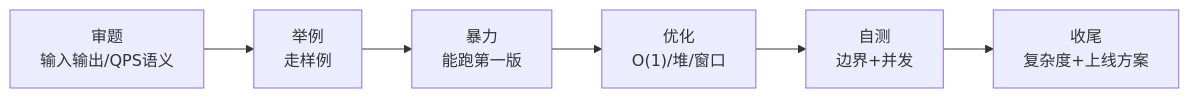
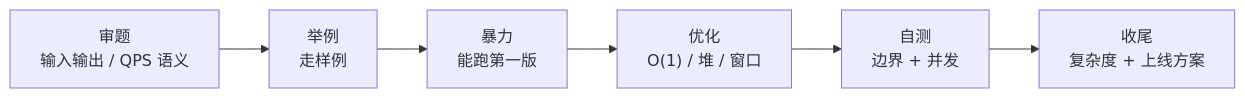
One commit to ml-cuizijun/LearnToLilith changed the first of 6 diagrams in 05-开发能力/06-SRE手写题与算法轮/知识点.md. Above: the diagram before and after it, drawn with Mermaid. The commit also changed other lines of this file and 178 other files, not shown here.

````diff
--- a/05-开发能力/06-SRE手写题与算法轮/知识点.md
+++ b/05-开发能力/06-SRE手写题与算法轮/知识点.md
@@ -65,8 +59,8 @@
 ```mermaid
 flowchart LR
-    READ["审题<br/>输入输出/QPS语义"] --> EX["举例<br/>走样例"]
+    READ["审题<br/>输入输出 / QPS 语义"] --> EX["举例<br/>走样例"]
     EX --> NAIVE["暴力<br/>能跑第一版"]
-    NAIVE --> OPT["优化<br/>O(1)/堆/窗口"]
-    OPT --> TEST["自测<br/>边界+并发"]
-    TEST --> TALK["收尾<br/>复杂度+上线方案"]
+    NAIVE --> OPT["优化<br/>O(1) / 堆 / 窗口"]
+    OPT --> TEST["自测<br/>边界 + 并发"]
+    TEST --> TALK["收尾<br/>复杂度 + 上线方案"]
 ```
````
